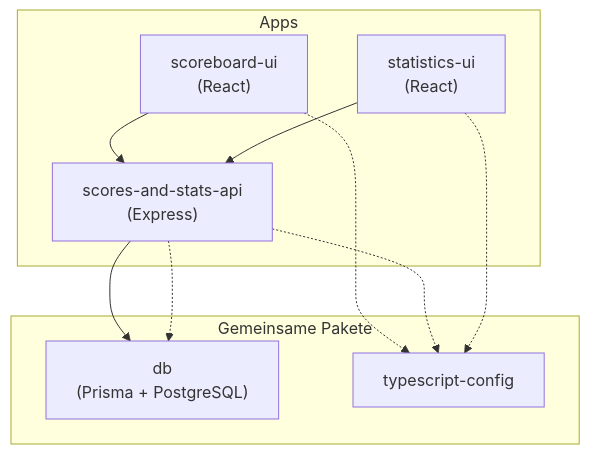
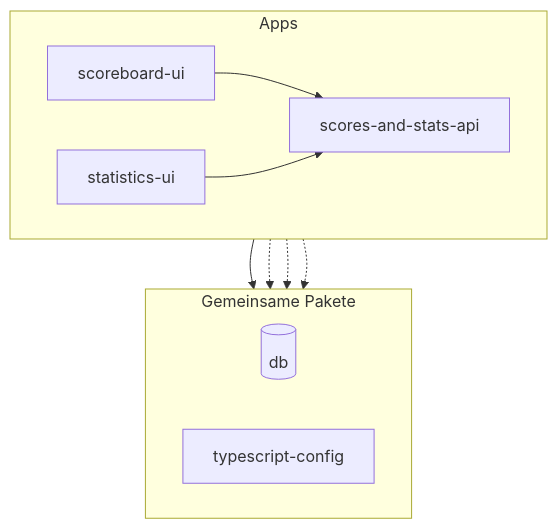
The second of 2 diagrams in apps/docs/src/content/docs/de/overview/welcome.md (dennisfurrer/rrsb-mono), drawn with Mermaid before and after one commit. The commit also changed other lines of this file and 13 other files, not shown here.

````diff
--- a/apps/docs/src/content/docs/de/overview/welcome.md
+++ b/apps/docs/src/content/docs/de/overview/welcome.md
@@ -59,21 +54,22 @@
 ```mermaid
 flowchart TB
-    subgraph apps ["Apps"]
-        SB["scoreboard-ui\n(React)"]
-        API["scores-and-stats-api\n(Express)"]
-        STATS["statistics-ui\n(React)"]
+    subgraph apps [" Apps "]
+        direction LR
+        SB[scoreboard-ui]
+        API[scores-and-stats-api]
+        STATS[statistics-ui]
     end
 
-    subgraph packages ["Gemeinsame Pakete"]
-        DB["db\n(Prisma + PostgreSQL)"]
-        TS["typescript-config"]
+    subgraph packages [" Gemeinsame Pakete "]
+        direction LR
+        DB[(db)]
+        TS[typescript-config]
     end
 
     SB --> API
+    STATS --> API
     API --> DB
-    STATS --> API
     SB -.-> TS
     API -.-> TS
     STATS -.-> TS
-    API -.-> DB
 ```
````
